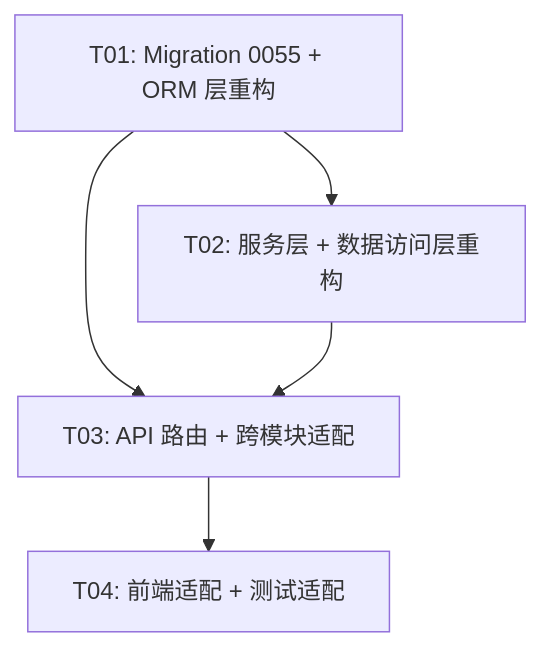
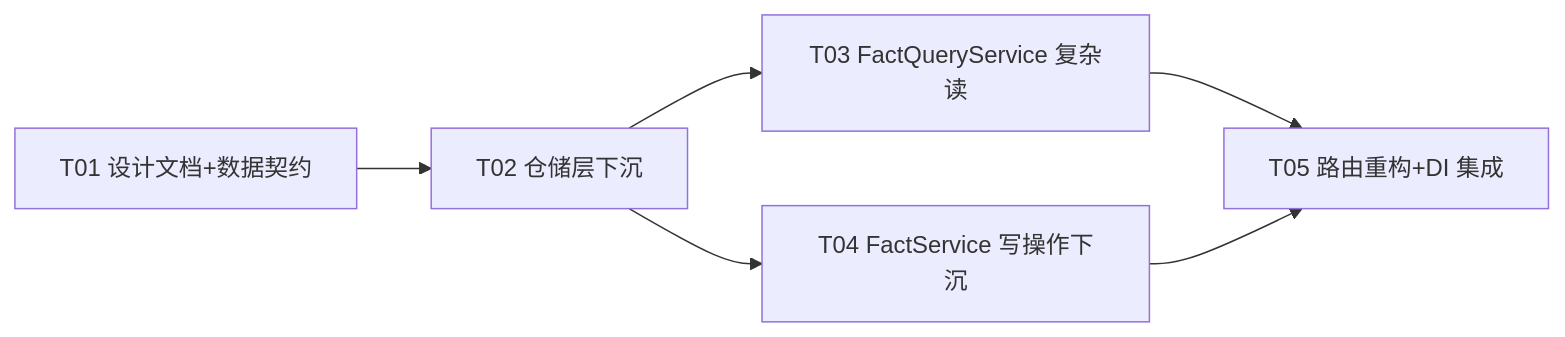
Before and after one commit to spwater/irip: the diagram in docs/system_design.md, drawn with Mermaid. The commit also changed other lines of this file and 9 other files, not shown here.

````diff
--- a/docs/system_design.md
+++ b/docs/system_design.md
@@ -457,7 +285,8 @@
 ```mermaid
-graph TD
-    T01[T01: Migration 0055 + ORM 层重构] --> T02[T02: 服务层 + 数据访问层重构]
-    T01 --> T03[T03: API 路由 + 跨模块适配]
-    T02 --> T03
-    T03 --> T04[T04: 前端适配 + 测试适配]
+graph LR
+    T01[T01 设计文档+数据契约] --> T02[T02 仓储层下沉]
+    T02 --> T03[T03 FactQueryService 复杂读]
+    T02 --> T04[T04 FactService 写操作下沉]
+    T03 --> T05[T05 路由重构+DI 集成]
+    T04 --> T05
 ```
````
